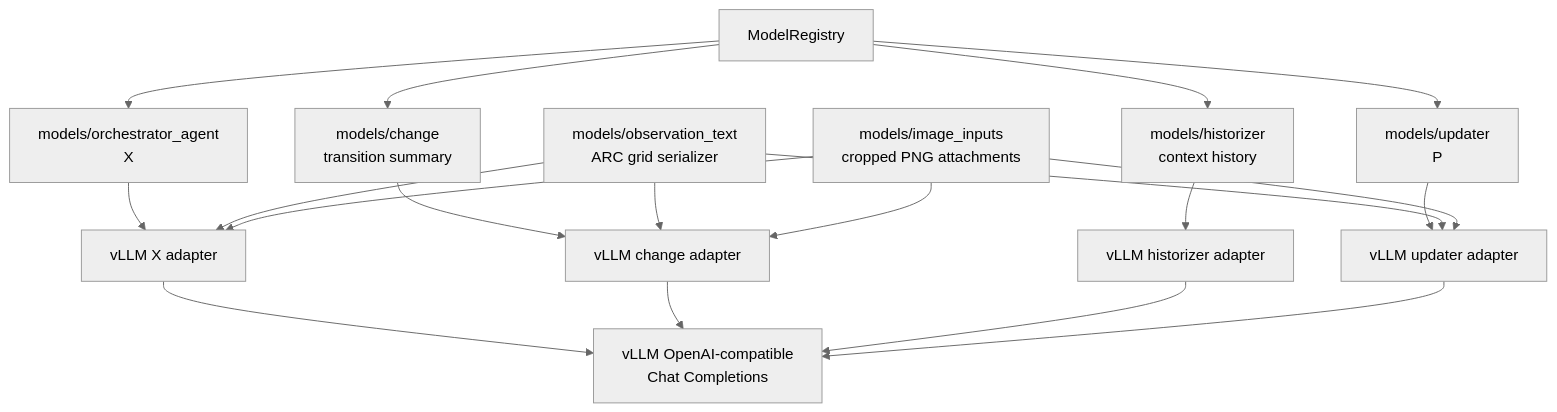
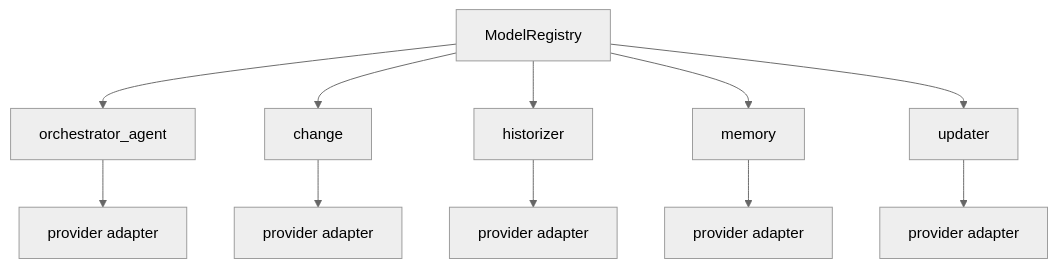
The diagram in doc/architecture/software/models/diagrams.md (cocomette/artificial-agency), drawn with Mermaid (neutral theme) before and after one commit. The commit also changed other lines of this file and 252 other files, not shown here.

````diff
--- a/doc/architecture/software/models/diagrams.md
+++ b/doc/architecture/software/models/diagrams.md
@@ -5,28 +3,15 @@
 ```mermaid
-flowchart TB
+flowchart TD
     Registry["ModelRegistry"]
+    Registry --> X["orchestrator_agent"]
+    Registry --> Change["change"]
+    Registry --> Historizer["historizer"]
+    Registry --> Memory["memory"]
+    Registry --> Updater["updater"]
 
-    X["models/orchestrator_agent\nX"]
-    Change["models/change\ntransition summary"]
-    Historizer["models/historizer\ncontext history"]
-    P["models/updater\nP"]
-    Text["models/observation_text\nARC grid serializer"]
-    Images["models/image_inputs\ncropped PNG attachments"]
-
-    XAdapter["vLLM X adapter"]
-    ChangeAdapter["vLLM change adapter"]
-    HAdapter["vLLM historizer adapter"]
-    PAdapter["vLLM updater adapter"]
-    VLLM["vLLM OpenAI-compatible\nChat Completions"]
-
-    Registry --> X --> XAdapter --> VLLM
-    Registry --> Change --> ChangeAdapter --> VLLM
-    Registry --> Historizer --> HAdapter --> VLLM
-    Registry --> P --> PAdapter --> VLLM
-    Text --> XAdapter
-    Text --> ChangeAdapter
-    Text --> PAdapter
-    Images --> XAdapter
-    Images --> ChangeAdapter
-    Images --> PAdapter
+    X --> XProvider["provider adapter"]
+    Change --> ChangeProvider["provider adapter"]
+    Historizer --> HistorizerProvider["provider adapter"]
+    Memory --> MemoryProvider["provider adapter"]
+    Updater --> UpdaterProvider["provider adapter"]
 ```
````
